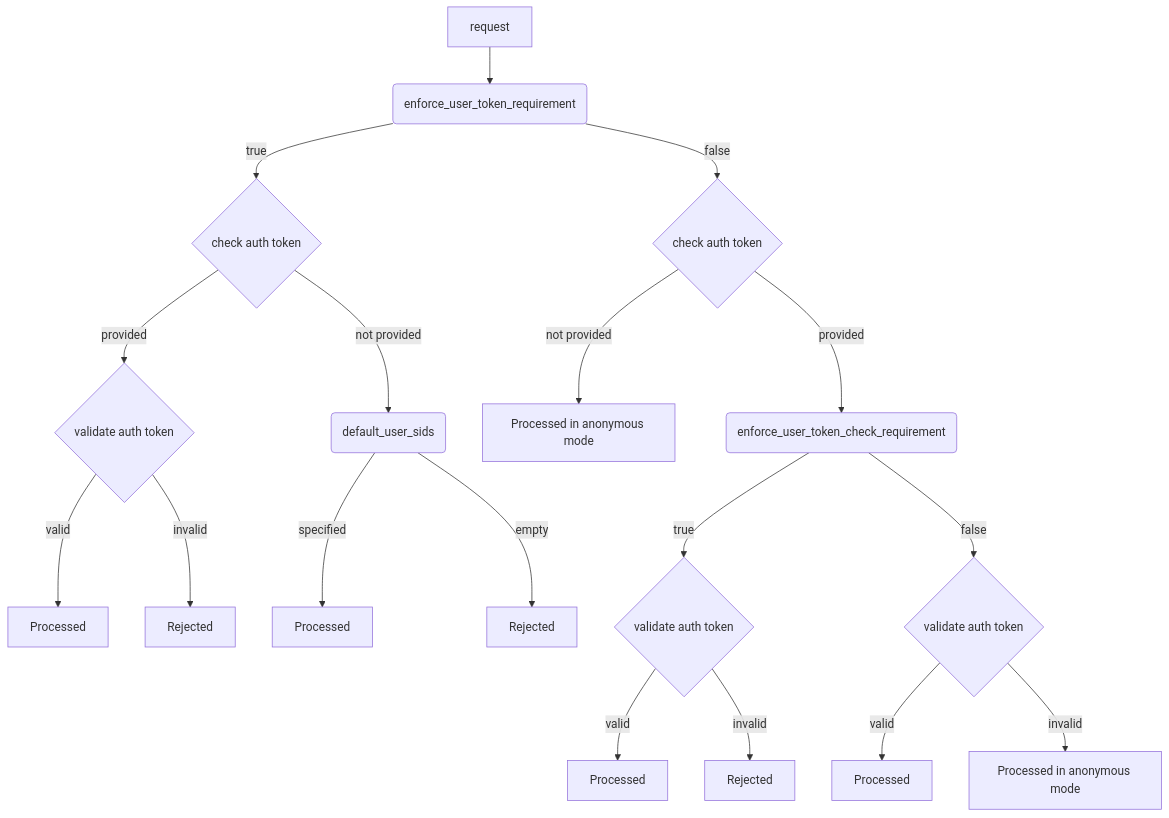
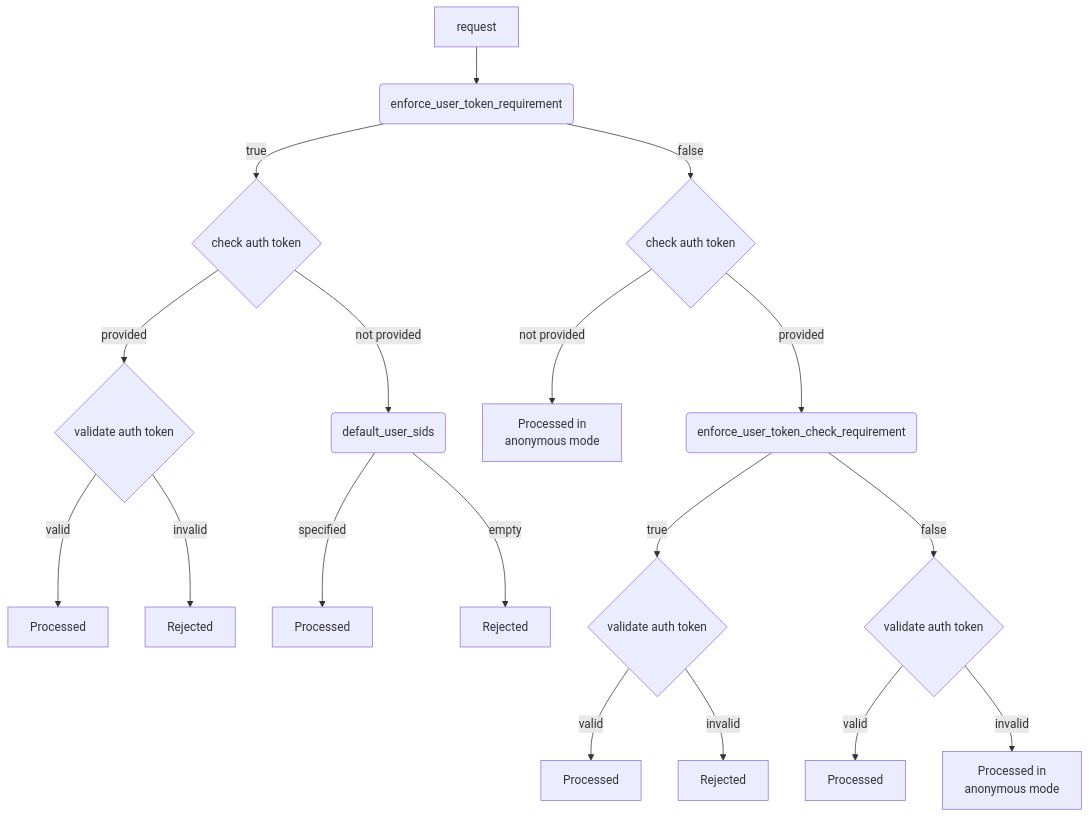
One commit to ydb-platform/ydb changed the diagram in ydb/docs/en/core/reference/configuration/security_config.md. Above: the diagram before and after it, drawn with Mermaid. The commit also changed 1 other file, not shown here.

Commit message:
Wrapped long labels

````diff
--- a/ydb/docs/en/core/reference/configuration/security_config.md
+++ b/ydb/docs/en/core/reference/configuration/security_config.md
@@ -87,32 +87,34 @@
 ```mermaid
 flowchart TD
     request --> enforce
 
     enforce  --> |true| q1{check auth token}
 
         q1 --> |provided| q11{validate auth token}
 
             q11 --> |valid| p[Processed]
             q11 --> |invalid| r[Rejected]
 
         q1 --> |not provided| default
 
         default --> |specified| r2[Processed]
         default --> |empty| r3[Rejected]
 
     enforce  --> |false| auth-token{check auth token}
 
-        auth-token --> |not provided| anonym[Processed in anonymous mode]
+        auth-token --> |not provided| anonym[Processed in
+        anonymous mode]
         auth-token --> |provided| check
 
             check --> |true| q2{validate auth token}
                 q2 --> |valid| r4[Processed]
                 q2 --> |invalid| r5[Rejected]
             check --> |false| q3{validate auth token}
                 q3 --> |valid| r6[Processed]
-                q3 --> |invalid| r7[Processed in anonymous mode]
+                q3 --> |invalid| r7[Processed in
+                anonymous mode]
 
 default(default_user_sids)
 enforce(enforce_user_token_requirement)
 check(enforce_user_token_check_requirement)
 ```
````
